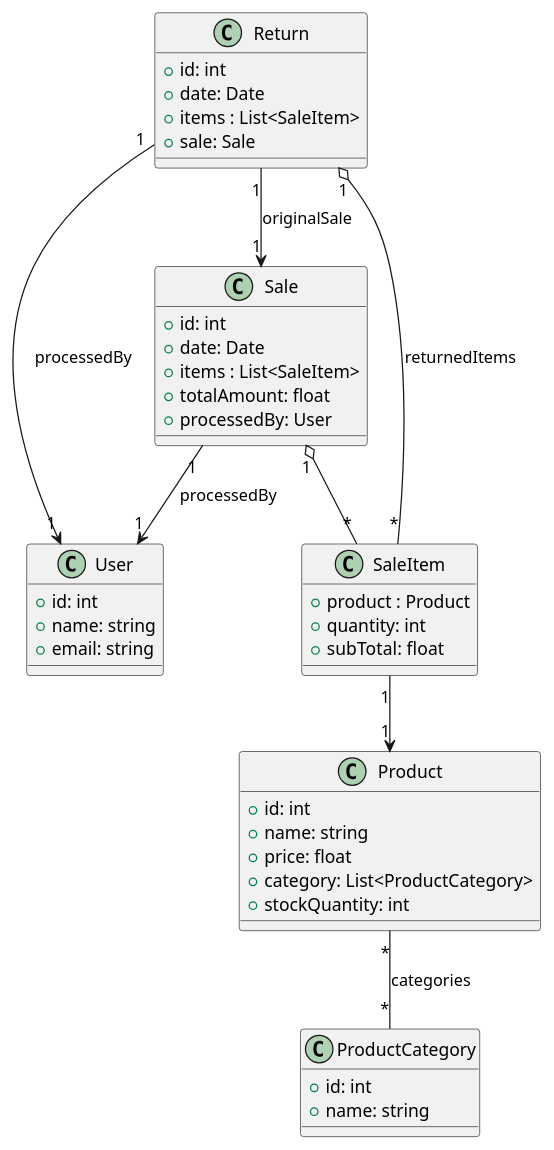
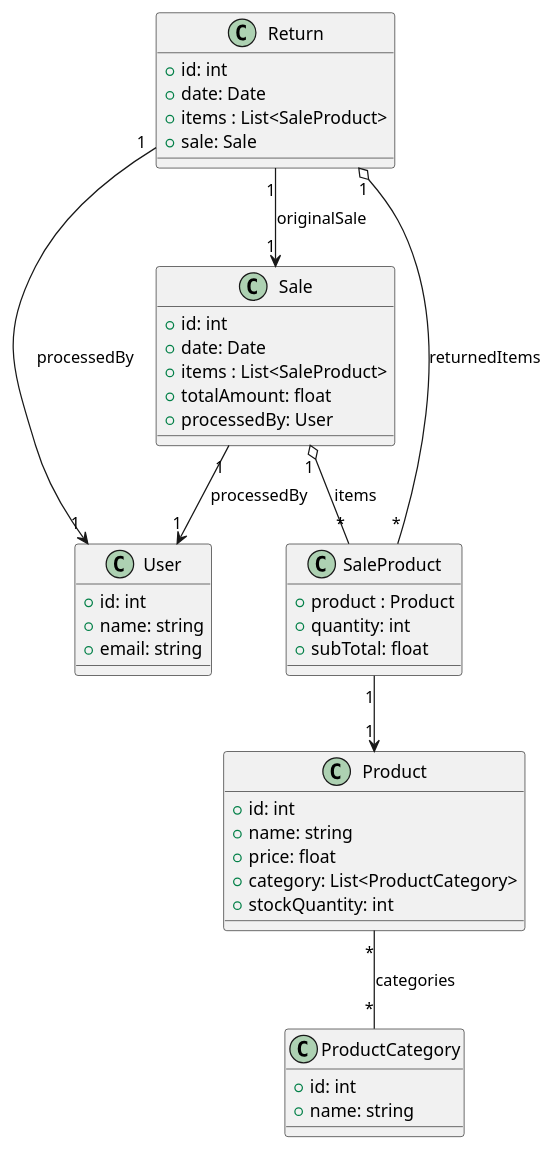
One commit to CharlesRa7/LOG430-Labs changed the diagram in docs/uml/class-diagrams/class-diagram.puml. Above: the diagram before and after it, drawn with PlantUML. The commit also changed 8 other files, not shown here.

```diff
--- a/docs/uml/class-diagrams/class-diagram.puml
+++ b/docs/uml/class-diagrams/class-diagram.puml
@@ -1,53 +1,53 @@
 @startuml
 
 class User {
   +id: int
   +name: string
   +email: string
 }
 
 class Sale {
   +id: int
   +date: Date
-  +items : List<SaleItem>
+  +items : List<SaleProduct>
   +totalAmount: float
   +processedBy: User
 }
 
 class Product {
   +id: int
   +name: string
   +price: float
   +category: List<ProductCategory>
   +stockQuantity: int
 }
 
 class ProductCategory {
   +id: int
   +name: string
 }
 
-class SaleItem {
+class SaleProduct {
   +product : Product
   +quantity: int
   +subTotal: float
 }
 
 class Return {
   +id: int
   +date: Date
-  +items : List<SaleItem>
+  +items : List<SaleProduct>
   +sale: Sale
 }
 
-Sale "1" o-- "*" SaleItem
-SaleItem "1" --> "1" Product
+Sale "1" o-- "*" SaleProduct : items
+SaleProduct "1" --> "1" Product
 Sale "1" --> "1" User : processedBy
 
 Return "1" --> "1" Sale : originalSale
-Return "1" o-- "*" SaleItem : returnedItems
+Return "1" o-- "*" SaleProduct : returnedItems
 Return "1" --> "1" User : processedBy
 
 Product "*" -- "*" ProductCategory : categories
 
 @enduml
```
